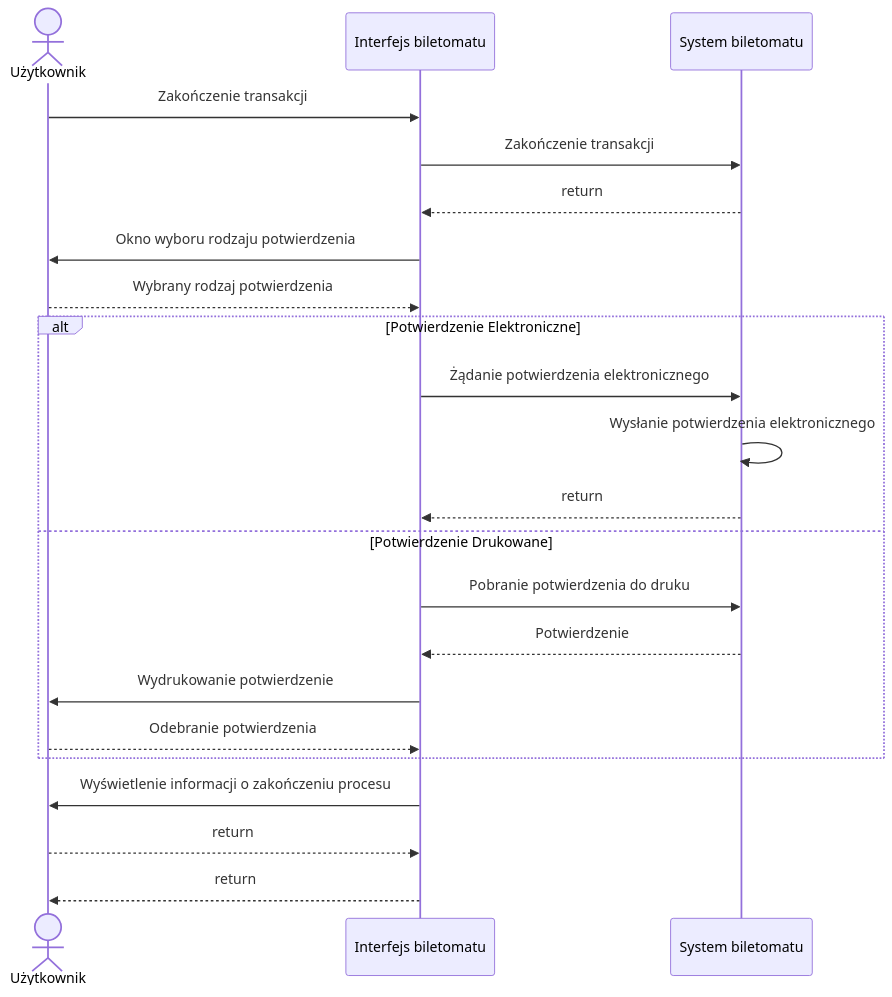
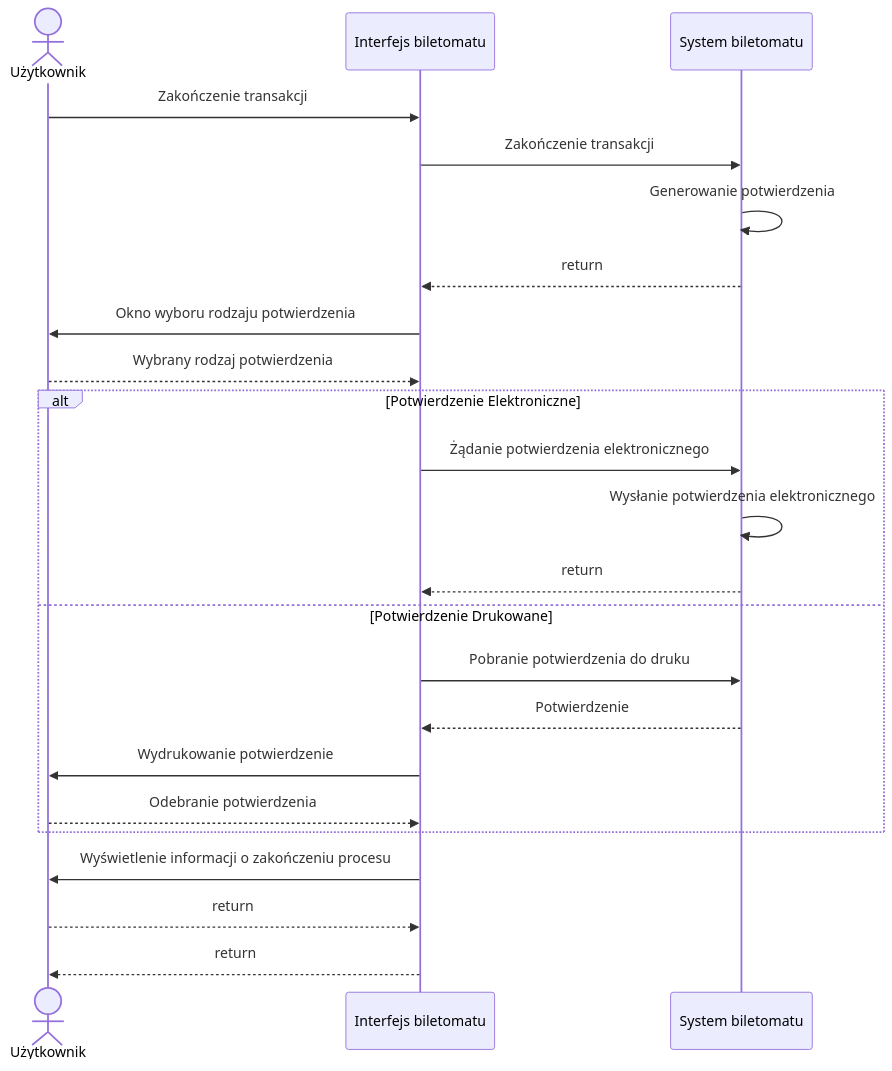
Before and after one commit to MarcinMarszewski/dowolna_nazwa: the seventh of 7 diagrams in userstories/user.md, drawn with Mermaid.

Commit message:
generowanie potwierdzenia

````diff
--- a/userstories/user.md
+++ b/userstories/user.md
@@ -311,29 +311,30 @@
 ```mermaid
 sequenceDiagram
   actor user as Użytkownik
   participant ui as Interfejs biletomatu
   participant sys as System biletomatu
 
   user->>ui: Zakończenie transakcji
   ui->>sys: Zakończenie transakcji
+  sys->>sys: Generowanie potwierdzenia
   sys-->>ui: return
   ui->>user: Okno wyboru rodzaju potwierdzenia
 
   user-->>ui: Wybrany rodzaj potwierdzenia
 
   alt Potwierdzenie Elektroniczne
     ui->>sys: Żądanie potwierdzenia elektronicznego
     sys->>sys: Wysłanie potwierdzenia elektronicznego
     sys-->>ui: return
   else Potwierdzenie Drukowane
     ui->>sys: Pobranie potwierdzenia do druku
     sys-->>ui: Potwierdzenie
     ui->>user: Wydrukowanie potwierdzenie
     user-->>ui: Odebranie potwierdzenia
   end
 
   ui->>user: Wyświetlenie informacji o zakończeniu procesu
   user-->>ui: return
   ui-->>user: return
   
 ```
````
